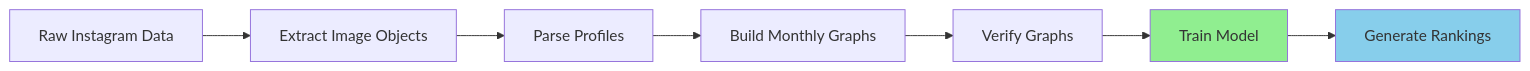
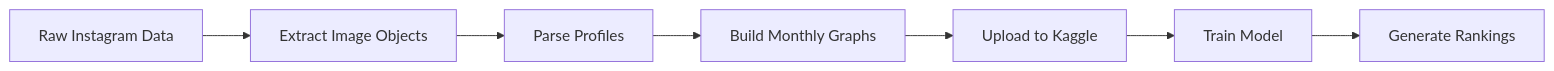
One commit to m1h1r-a/influencer-rank changed the diagram in README.md. Above: the diagram before and after it, drawn with Mermaid. The commit also changed other lines of this file and 2 other files, not shown here.

````diff
--- a/README.md
+++ b/README.md
@@ -9,12 +9,9 @@
 ```mermaid
 graph LR
     A[Raw Instagram Data] --> B[Extract Image Objects]
     B --> C[Parse Profiles]
     C --> D[Build Monthly Graphs]
-    D --> E[Verify Graphs]
+    D --> E[Upload to Kaggle]
     E --> F[Train Model]
     F --> G[Generate Rankings]
-
-    style F fill:#90EE90
-    style G fill:#87CEEB
 ```
````
